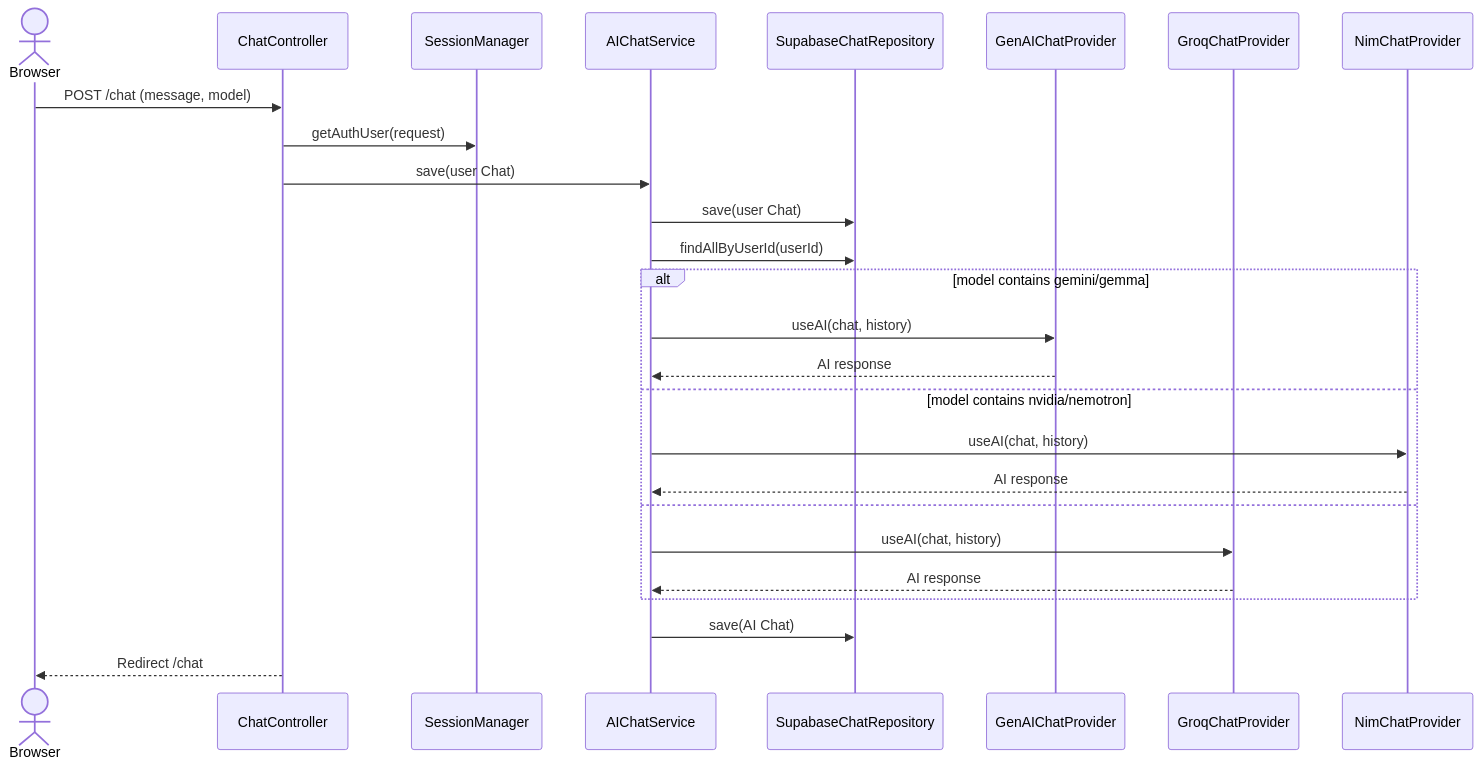
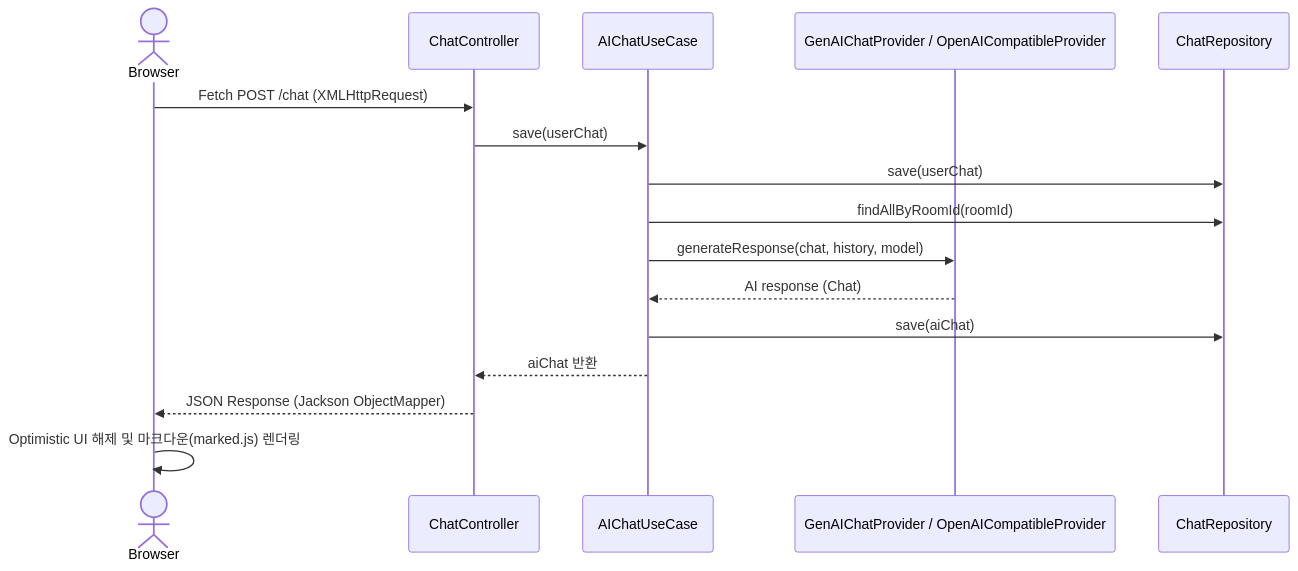
Before and after one commit to AIBE7-Dev2gether/mini_project_chatBot: the second of 2 diagrams in docs/dataFlow/data_flow.md, drawn with Mermaid. The commit also changed other lines of this file and 8 other files, not shown here.

````diff
--- a/docs/dataFlow/data_flow.md
+++ b/docs/dataFlow/data_flow.md
@@ -119,29 +48,19 @@
 ```mermaid
 sequenceDiagram
     actor Client as Browser
     participant ChatController
-    participant SessionManager
-    participant ChatService as AIChatService
-    participant ChatRepo as SupabaseChatRepository
-    participant GenAI as GenAIChatProvider
-    participant Groq as GroqChatProvider
-    participant NIM as NimChatProvider
+    participant ChatUseCase as AIChatUseCase
+    participant GenAI as GenAIChatProvider / OpenAICompatibleProvider
+    participant ChatRepo as ChatRepository
 
-    Client->>ChatController: POST /chat (message, model)
-    ChatController->>SessionManager: getAuthUser(request)
-    ChatController->>ChatService: save(user Chat)
-    ChatService->>ChatRepo: save(user Chat)
-    ChatService->>ChatRepo: findAllByUserId(userId)
-    alt model contains gemini/gemma
-        ChatService->>GenAI: useAI(chat, history)
-        GenAI-->>ChatService: AI response
-    else model contains nvidia/nemotron
-        ChatService->>NIM: useAI(chat, history)
-        NIM-->>ChatService: AI response
-    else
-        ChatService->>Groq: useAI(chat, history)
-        Groq-->>ChatService: AI response
-    end
-    ChatService->>ChatRepo: save(AI Chat)
-    ChatController-->>Client: Redirect /chat
+    Client->>ChatController: Fetch POST /chat (XMLHttpRequest)
+    ChatController->>ChatUseCase: save(userChat)
+    ChatUseCase->>ChatRepo: save(userChat)
+    ChatUseCase->>ChatRepo: findAllByRoomId(roomId)
+    ChatUseCase->>GenAI: generateResponse(chat, history, model)
+    GenAI-->>ChatUseCase: AI response (Chat)
+    ChatUseCase->>ChatRepo: save(aiChat)
+    ChatUseCase-->>ChatController: aiChat 반환
+    ChatController-->>Client: JSON Response (Jackson ObjectMapper)
+    Client->>Client: Optimistic UI 해제 및 마크다운(marked.js) 렌더링
 ```
````
